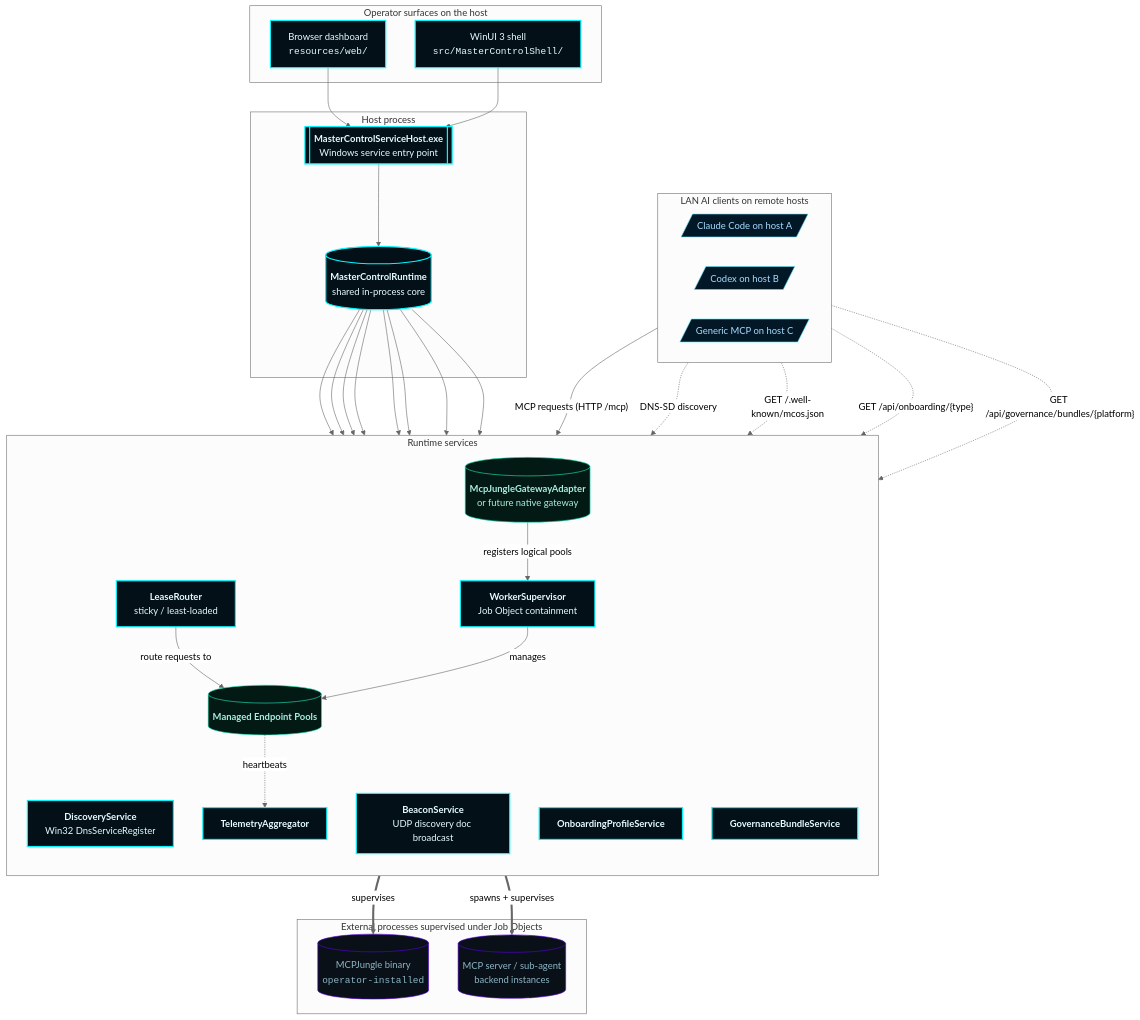
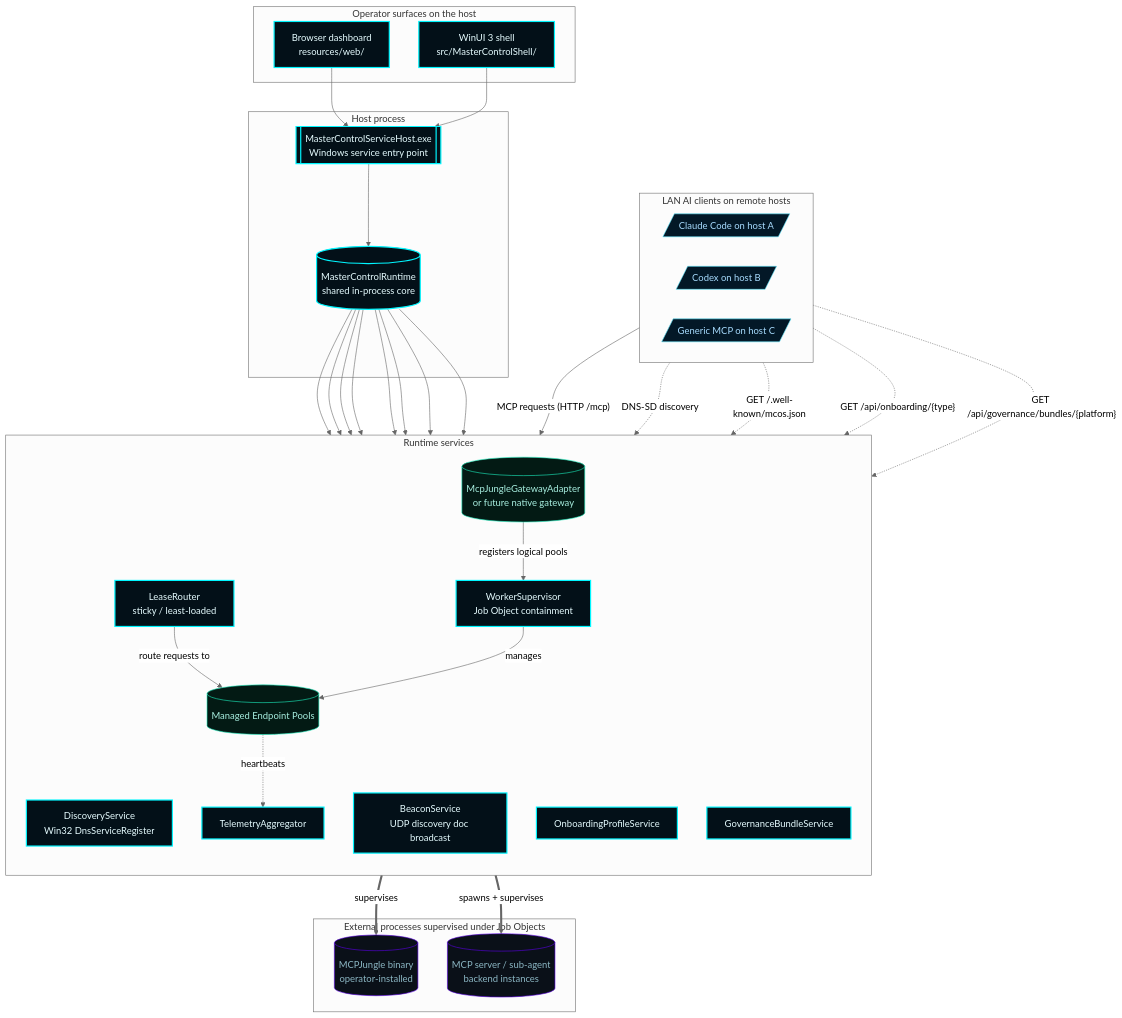
One commit to flynn33/Master-Control-Orchestration-Server changed the second of 8 diagrams in docs/wiki/Architecture.md. Above: the diagram before and after it, drawn with Mermaid (neutral theme). The commit also changed other lines of this file and 27 other files, not shown here.

````diff
--- a/docs/wiki/Architecture.md
+++ b/docs/wiki/Architecture.md
@@ -50,65 +50,65 @@
 ```mermaid
 flowchart TB
     classDef accent fill:#031018,stroke:#00F6FF,color:#E6FCFF,stroke-width:2px;
     classDef sub fill:#0a1018,stroke:#5A00E8,color:#8CB7C4;
     classDef client fill:#031827,stroke:#5AE8FF,color:#A8DCFF;
     classDef good fill:#031a14,stroke:#1cf2c1,color:#a8efe0;
 
     subgraph LANClients[LAN AI clients on remote hosts]
         ClaudeCode[/Claude Code on host A/]:::client
         Codex[/Codex on host B/]:::client
         Other[/Generic MCP on host C/]:::client
     end
 
     subgraph Surfaces[Operator surfaces on the host]
-        Browser[Browser dashboard<br/><code>resources/web/</code>]:::accent
-        Shell[WinUI 3 shell<br/><code>src/MasterControlShell/</code>]:::accent
+        Browser[Browser dashboard<br/>resources/web/]:::accent
+        Shell[WinUI 3 shell<br/>src/MasterControlShell/]:::accent
     end
 
     subgraph Host[Host process]
-        Service[[<b>MasterControlServiceHost.exe</b><br/>Windows service entry point]]:::accent
-        Runtime[(<b>MasterControlRuntime</b><br/>shared in-process core)]:::accent
+        Service[[MasterControlServiceHost.exe<br/>Windows service entry point]]:::accent
+        Runtime[(MasterControlRuntime<br/>shared in-process core)]:::accent
     end
 
     subgraph Services[Runtime services]
         direction TB
-        Disc[<b>DiscoveryService</b><br/>Win32 DnsServiceRegister]:::accent
-        Beacon[<b>BeaconService</b><br/>UDP discovery doc broadcast]:::accent
-        Onboard[<b>OnboardingProfileService</b>]:::accent
-        Gov[<b>GovernanceBundleService</b>]:::accent
-        Sup[<b>WorkerSupervisor</b><br/>Job Object containment]:::accent
-        Lease[<b>LeaseRouter</b><br/>sticky / least-loaded]:::accent
-        Tel[<b>TelemetryAggregator</b>]:::accent
-        Adapter[(<b>McpJungleGatewayAdapter</b><br/>or future native gateway)]:::good
-        Pools[(<b>Managed Endpoint Pools</b>)]:::good
+        Disc[DiscoveryService<br/>Win32 DnsServiceRegister]:::accent
+        Beacon[BeaconService<br/>UDP discovery doc broadcast]:::accent
+        Onboard[OnboardingProfileService]:::accent
+        Gov[GovernanceBundleService]:::accent
+        Sup[WorkerSupervisor<br/>Job Object containment]:::accent
+        Lease[LeaseRouter<br/>sticky / least-loaded]:::accent
+        Tel[TelemetryAggregator]:::accent
+        Adapter[(McpJungleGatewayAdapter<br/>or future native gateway)]:::good
+        Pools[(Managed Endpoint Pools)]:::good
     end
 
     subgraph External[External processes supervised under Job Objects]
-        Jungle[(MCPJungle binary<br/><code>operator-installed</code>)]:::sub
+        Jungle[(MCPJungle binary<br/>operator-installed)]:::sub
         Workers[(MCP server / sub-agent<br/>backend instances)]:::sub
     end
 
     LANClients -->|"MCP requests (HTTP /mcp)"| Adapter
     LANClients -.->|"DNS-SD discovery"| Disc
     LANClients -.->|"GET /.well-known/mcos.json"| Disc
     LANClients -.->|"GET /api/onboarding/{type}"| Onboard
     LANClients -.->|"GET /api/governance/bundles/{platform}"| Gov
 
     Browser --> Service
     Shell --> Service
     Service --> Runtime
     Runtime --> Disc
     Runtime --> Beacon
     Runtime --> Onboard
     Runtime --> Gov
     Runtime --> Sup
     Runtime --> Lease
     Runtime --> Tel
     Runtime --> Adapter
     Adapter ==>|"supervises"| Jungle
     Sup ==>|"spawns + supervises"| Workers
     Adapter -->|"registers logical pools"| Sup
     Lease -->|"route requests to"| Pools
     Sup -->|"manages"| Pools
     Pools -.->|"heartbeats"| Tel
 ```
````
